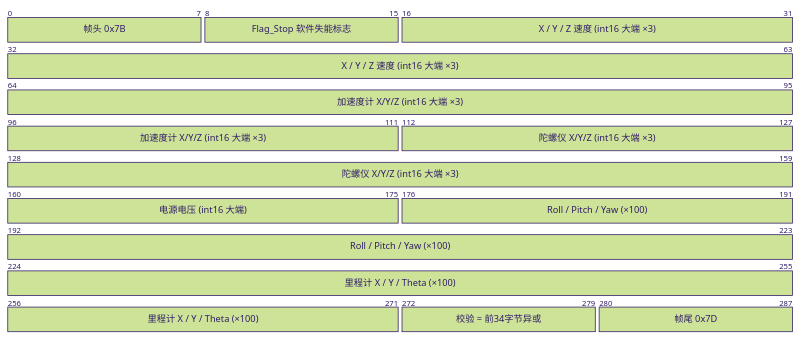
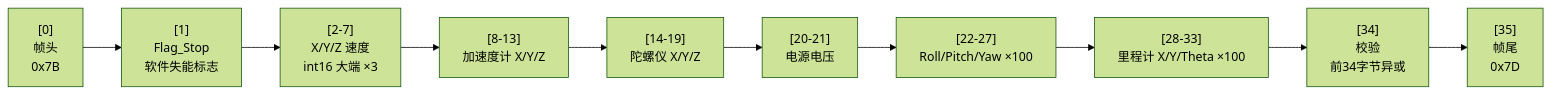
The second of 3 diagrams in README.md (DLDLDL13579/Small-crawler-vehicle), drawn with Mermaid (forest theme) before and after one commit.

Commit message:
docs: 帧结构图改用 graph（packet-beta 在 GitHub 上渲染不稳定）

````diff
--- a/README.md
+++ b/README.md
@@ -81,13 +81,12 @@
 ```mermaid
-packet-beta
-  0-7: "帧头 0x7B"
-  8-15: "Flag_Stop 软件失能标志"
-  16-63: "X / Y / Z 速度 (int16 大端 ×3)"
-  64-111: "加速度计 X/Y/Z (int16 大端 ×3)"
-  112-159: "陀螺仪 X/Y/Z (int16 大端 ×3)"
-  160-175: "电源电压 (int16 大端)"
-  176-223: "Roll / Pitch / Yaw (×100)"
-  224-271: "里程计 X / Y / Theta (×100)"
-  272-279: "校验 = 前34字节异或"
-  280-287: "帧尾 0x7D"
+graph LR
+    F0["[0]<br/>帧头<br/>0x7B"] --> F1["[1]<br/>Flag_Stop<br/>软件失能标志"]
+    F1 --> F2["[2-7]<br/>X/Y/Z 速度<br/>int16 大端 ×3"]
+    F2 --> F3["[8-13]<br/>加速度计 X/Y/Z"]
+    F3 --> F4["[14-19]<br/>陀螺仪 X/Y/Z"]
+    F4 --> F5["[20-21]<br/>电源电压"]
+    F5 --> F6["[22-27]<br/>Roll/Pitch/Yaw ×100"]
+    F6 --> F7["[28-33]<br/>里程计 X/Y/Theta ×100"]
+    F7 --> F8["[34]<br/>校验<br/>前34字节异或"]
+    F8 --> F9["[35]<br/>帧尾<br/>0x7D"]
 ```
````
